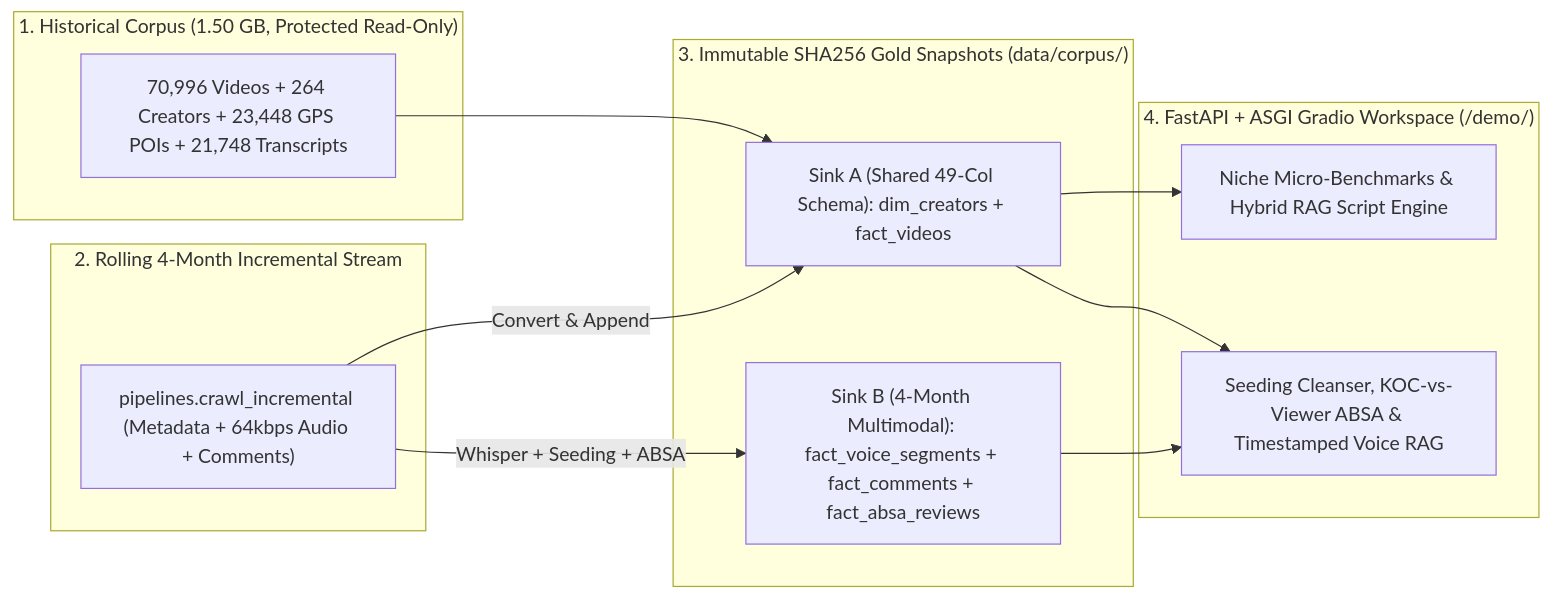
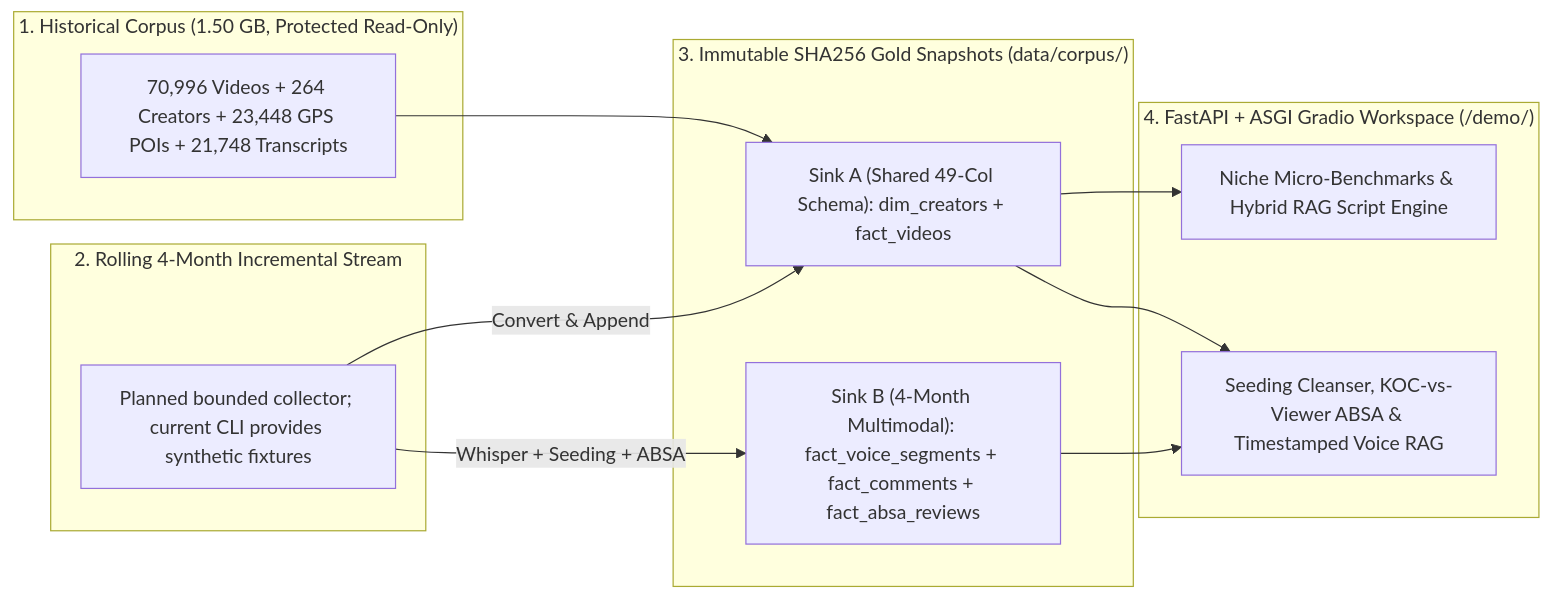
Before and after one commit to khuonglaptri3/TikTok_AI_Engine_: the diagram in README.md, drawn with Mermaid. The commit also changed other lines of this file and 166 other files, not shown here.

````diff
--- a/README.md
+++ b/README.md
@@ -32,27 +36,27 @@
 ```mermaid
 flowchart LR
     subgraph Historical ["1. Historical Corpus (1.50 GB, Protected Read-Only)"]
         H1["70,996 Videos + 264 Creators + 23,448 GPS POIs + 21,748 Transcripts"]
     end
 
     subgraph Fresh4M ["2. Rolling 4-Month Incremental Stream"]
-        F1["pipelines.crawl_incremental (Metadata + 64kbps Audio + Comments)"]
+        F1["Planned bounded collector; current CLI provides synthetic fixtures"]
     end
 
     subgraph Gold ["3. Immutable SHA256 Gold Snapshots (data/corpus/)"]
         G1["Sink A (Shared 49-Col Schema): dim_creators + fact_videos"]
         G2["Sink B (4-Month Multimodal): fact_voice_segments + fact_comments + fact_absa_reviews"]
     end
 
     subgraph Serving ["4. FastAPI + ASGI Gradio Workspace (/demo/)"]
         S1["Niche Micro-Benchmarks & Hybrid RAG Script Engine"]
         S2["Seeding Cleanser, KOC-vs-Viewer ABSA & Timestamped Voice RAG"]
     end
 
     H1 --> G1
     F1 -->|"Convert & Append"| G1
     F1 -->|"Whisper + Seeding + ABSA"| G2
     G1 --> S1
     G1 --> S2
     G2 --> S2
 ```
````
